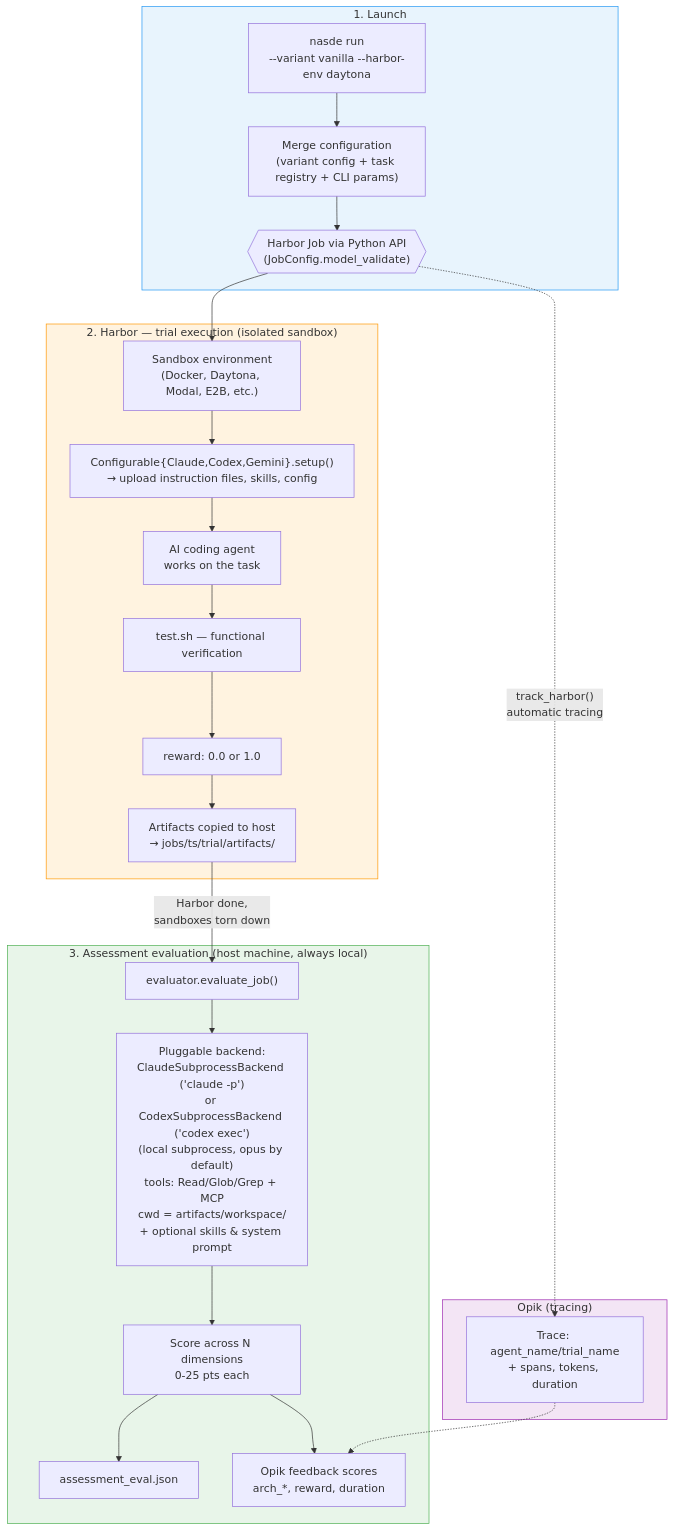
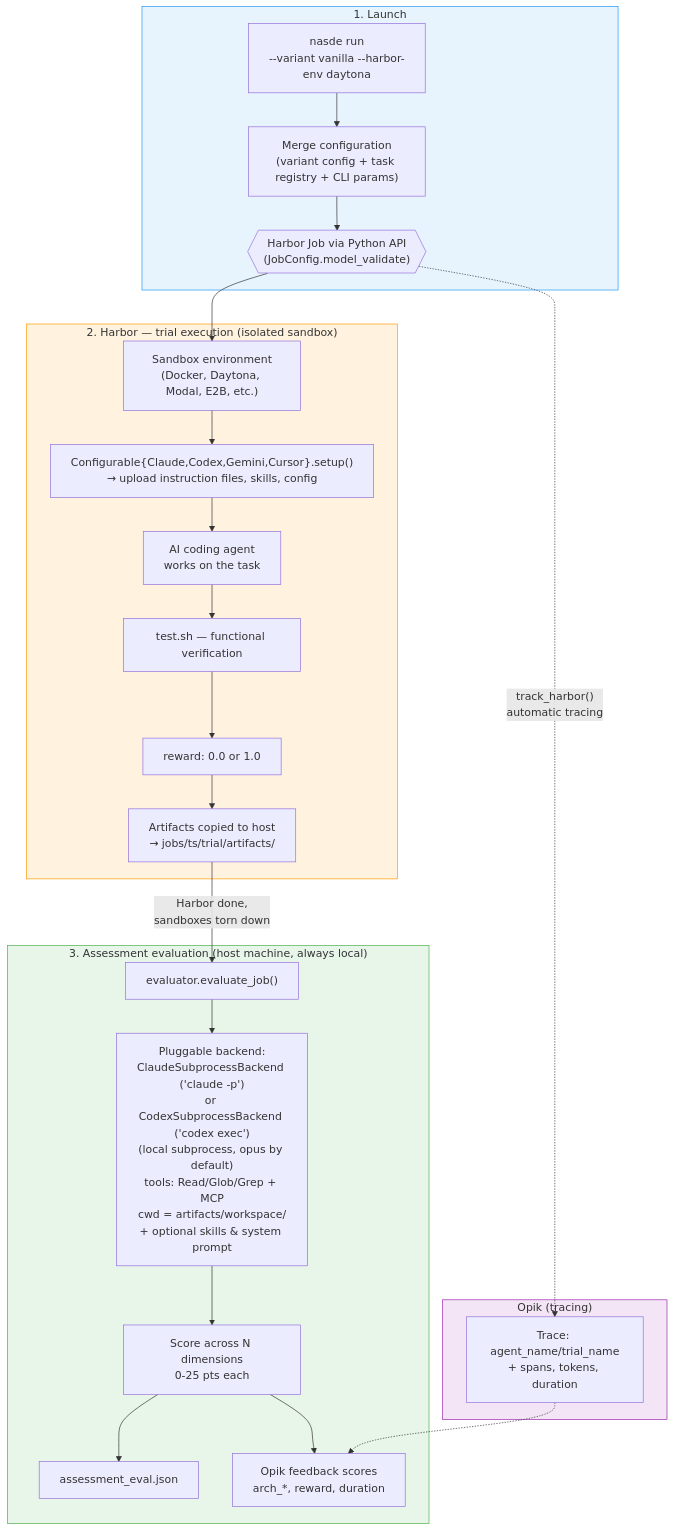
One commit to NoesisVision/nasde-toolkit changed the first of 8 diagrams in ARCHITECTURE.md. Above: the diagram before and after it, drawn with Mermaid. The commit also changed other lines of this file and 6 other files, not shown here.

````diff
--- a/ARCHITECTURE.md
+++ b/ARCHITECTURE.md
@@ -13,36 +13,36 @@
 ```mermaid
 flowchart TB
     subgraph LAUNCH ["1. Launch"]
         CLI["nasde run\n--variant vanilla --harbor-env daytona"]
         CLI --> MERGE["Merge configuration\n(variant config + task registry + CLI params)"]
         MERGE --> JOB{{"Harbor Job via Python API\n(JobConfig.model_validate)"}}
     end
 
     subgraph HARBOR ["2. Harbor — trial execution (isolated sandbox)"]
         JOB --> SANDBOX["Sandbox environment\n(Docker, Daytona, Modal, E2B, etc.)"]
-        SANDBOX --> SETUP["Configurable{Claude,Codex,Gemini}.setup()\n→ upload instruction files, skills, config"]
+        SANDBOX --> SETUP["Configurable{Claude,Codex,Gemini,Cursor}.setup()\n→ upload instruction files, skills, config"]
         SETUP --> AGENT["AI coding agent\nworks on the task"]
         AGENT --> TEST["test.sh — functional verification"]
         TEST --> REWARD["reward: 0.0 or 1.0"]
         REWARD --> ARTIFACTS["Artifacts copied to host\n→ jobs/ts/trial/artifacts/"]
     end
 
     subgraph OPIK_TRACE ["  Opik (tracing)"]
         JOB -.->|"track_harbor()\nautomatic tracing"| TRACE["Trace: agent_name/trial_name\n+ spans, tokens, duration"]
     end
 
     subgraph ASSESSMENT ["3. Assessment evaluation (host machine, always local)"]
         ARTIFACTS -->|"Harbor done,\nsandboxes torn down"| EVAL["evaluator.evaluate_job()"]
         EVAL --> SDK["Pluggable backend:\nClaudeSubprocessBackend ('claude -p')\nor CodexSubprocessBackend ('codex exec')\n(local subprocess, opus by default)\ntools: Read/Glob/Grep + MCP\ncwd = artifacts/workspace/\n+ optional skills & system prompt"]
         SDK --> SCORE["Score across N dimensions\n0-25 pts each"]
         SCORE --> JSON_OUT["assessment_eval.json"]
         SCORE --> OPIK_FB["Opik feedback scores\narch_*, reward, duration"]
     end
 
     TRACE -.-> OPIK_FB
 
     style LAUNCH fill:#e8f4fd,stroke:#2196F3
     style HARBOR fill:#fff3e0,stroke:#FF9800
     style OPIK_TRACE fill:#f3e5f5,stroke:#9C27B0
     style ASSESSMENT fill:#e8f5e9,stroke:#4CAF50
 ```
````
